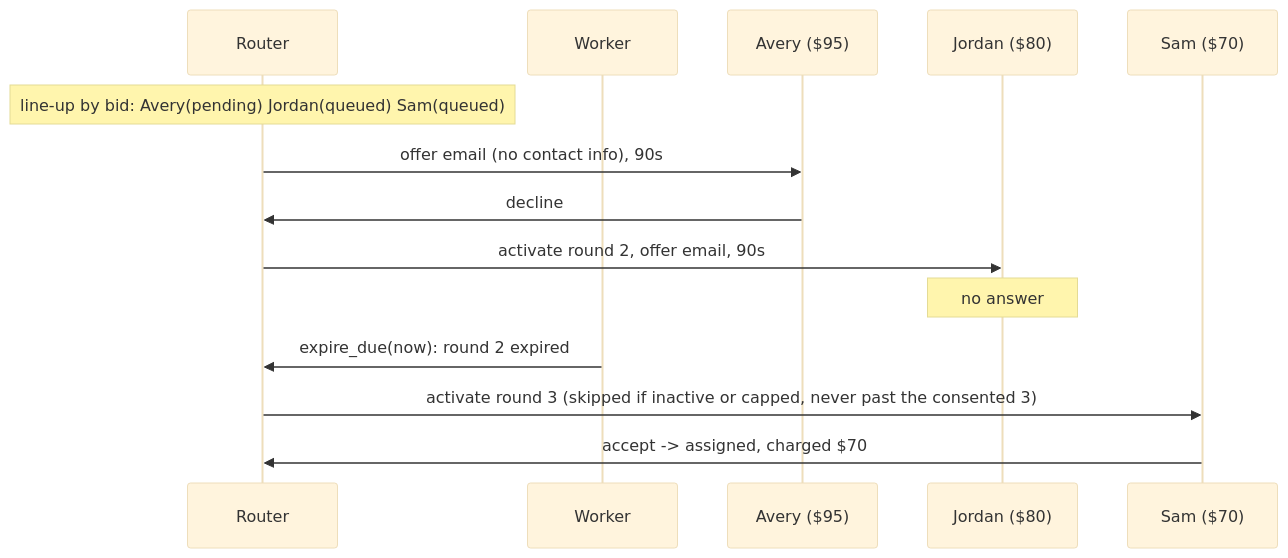
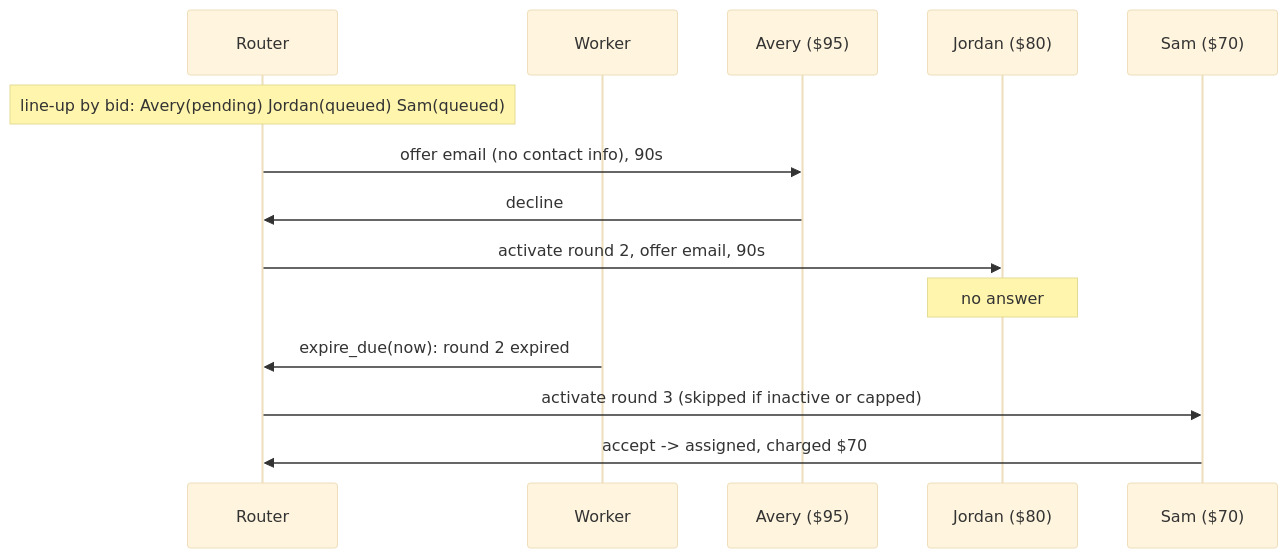
One commit to pat687/MergeME changed the seventh of 8 diagrams in docs/ARCHITECTURE.md. Above: the diagram before and after it, drawn with Mermaid (base theme). The commit also changed other lines of this file and 23 other files, not shown here.

````diff
--- a/docs/ARCHITECTURE.md
+++ b/docs/ARCHITECTURE.md
@@ -217,16 +217,16 @@
 ```mermaid
 sequenceDiagram
     participant R as Router
     participant W as Worker
     participant A as Avery ($95)
     participant J as Jordan ($80)
     participant S as Sam ($70)
     Note over R: line-up by bid: Avery(pending) Jordan(queued) Sam(queued)
     R->>A: offer email (no contact info), 90s
     A->>R: decline
     R->>J: activate round 2, offer email, 90s
     Note over J: no answer
     W->>R: expire_due(now): round 2 expired
-    R->>S: activate round 3 (skipped if inactive or capped, never past the consented 3)
+    R->>S: activate round 3 (skipped if inactive or capped)
     S->>R: accept -> assigned, charged $70
 ```
````
